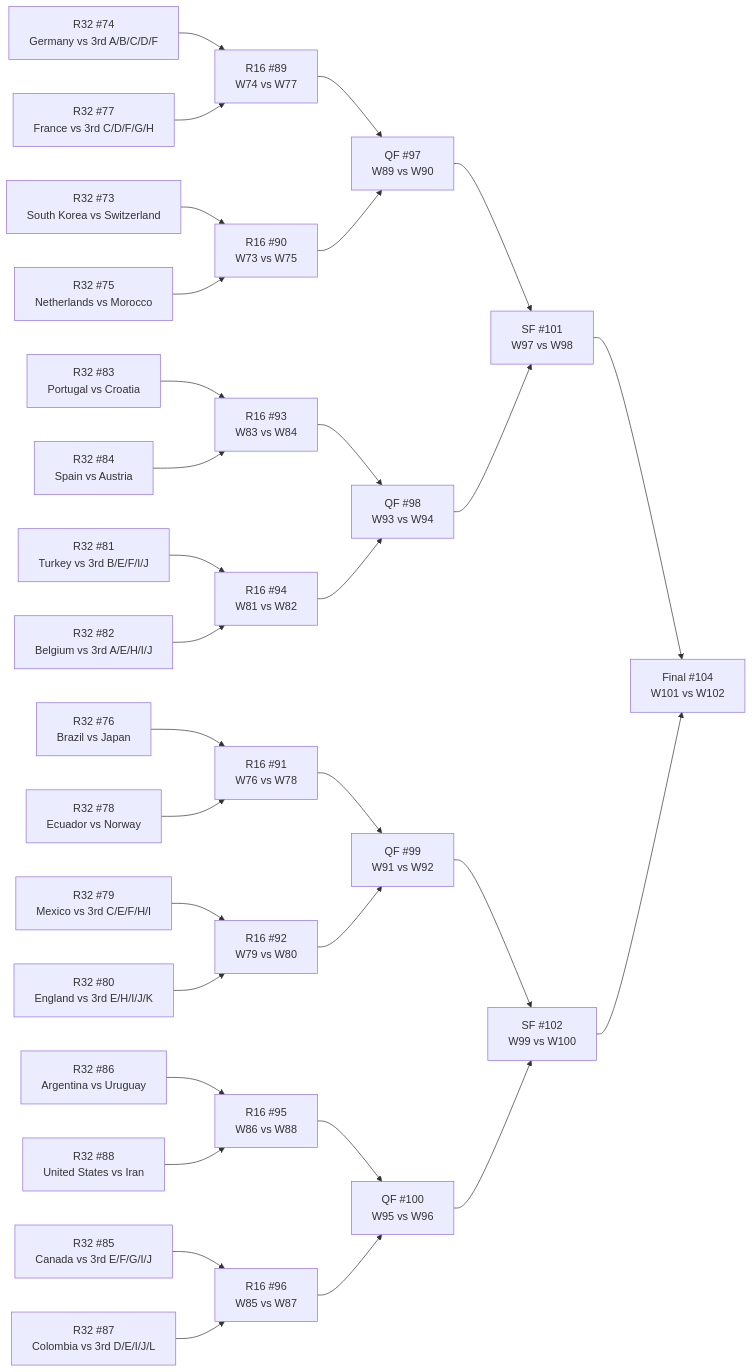
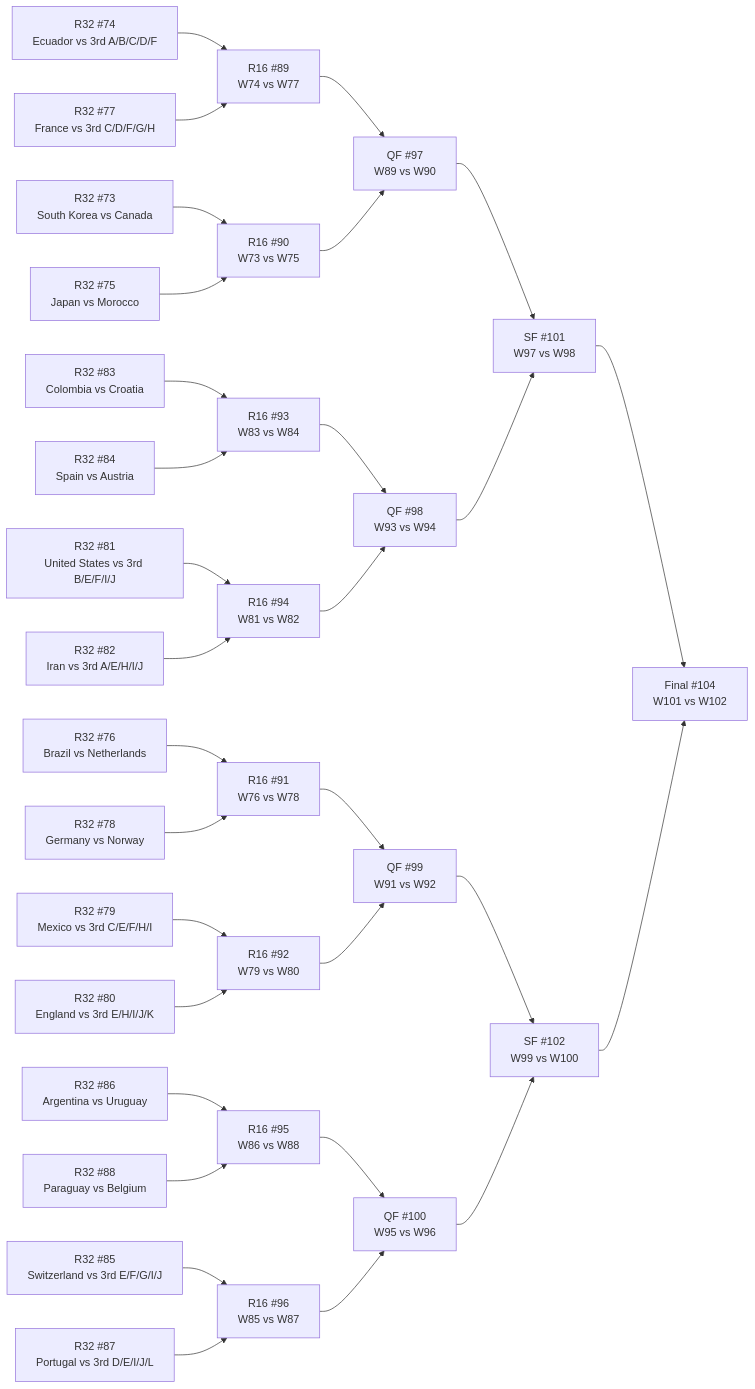
One commit to Tutai-Tran/WC-2026-predictor changed the diagram in WC vault/_bracket.md. Above: the diagram before and after it, drawn with Mermaid. The commit also changed 228 other files, not shown here.

````diff
--- a/WC vault/_bracket.md
+++ b/WC vault/_bracket.md
@@ -11,64 +11,64 @@
 ```mermaid
 flowchart LR
-  M73["R32 #73<br>South Korea vs Switzerland"]
-  M74["R32 #74<br>Germany vs 3rd A/B/C/D/F"]
-  M75["R32 #75<br>Netherlands vs Morocco"]
-  M76["R32 #76<br>Brazil vs Japan"]
+  M73["R32 #73<br>South Korea vs Canada"]
+  M74["R32 #74<br>Ecuador vs 3rd A/B/C/D/F"]
+  M75["R32 #75<br>Japan vs Morocco"]
+  M76["R32 #76<br>Brazil vs Netherlands"]
   M77["R32 #77<br>France vs 3rd C/D/F/G/H"]
-  M78["R32 #78<br>Ecuador vs Norway"]
+  M78["R32 #78<br>Germany vs Norway"]
   M79["R32 #79<br>Mexico vs 3rd C/E/F/H/I"]
   M80["R32 #80<br>England vs 3rd E/H/I/J/K"]
-  M81["R32 #81<br>Turkey vs 3rd B/E/F/I/J"]
-  M82["R32 #82<br>Belgium vs 3rd A/E/H/I/J"]
-  M83["R32 #83<br>Portugal vs Croatia"]
+  M81["R32 #81<br>United States vs 3rd B/E/F/I/J"]
+  M82["R32 #82<br>Iran vs 3rd A/E/H/I/J"]
+  M83["R32 #83<br>Colombia vs Croatia"]
   M84["R32 #84<br>Spain vs Austria"]
-  M85["R32 #85<br>Canada vs 3rd E/F/G/I/J"]
+  M85["R32 #85<br>Switzerland vs 3rd E/F/G/I/J"]
   M86["R32 #86<br>Argentina vs Uruguay"]
-  M87["R32 #87<br>Colombia vs 3rd D/E/I/J/L"]
-  M88["R32 #88<br>United States vs Iran"]
+  M87["R32 #87<br>Portugal vs 3rd D/E/I/J/L"]
+  M88["R32 #88<br>Paraguay vs Belgium"]
   M89["R16 #89<br>W74 vs W77"]
   M90["R16 #90<br>W73 vs W75"]
   M91["R16 #91<br>W76 vs W78"]
   M92["R16 #92<br>W79 vs W80"]
   M93["R16 #93<br>W83 vs W84"]
   M94["R16 #94<br>W81 vs W82"]
   M95["R16 #95<br>W86 vs W88"]
   M96["R16 #96<br>W85 vs W87"]
   M97["QF #97<br>W89 vs W90"]
   M98["QF #98<br>W93 vs W94"]
   M99["QF #99<br>W91 vs W92"]
   M100["QF #100<br>W95 vs W96"]
   M101["SF #101<br>W97 vs W98"]
   M102["SF #102<br>W99 vs W100"]
   M104["Final #104<br>W101 vs W102"]
   M74 --> M89
   M77 --> M89
   M73 --> M90
   M75 --> M90
   M76 --> M91
   M78 --> M91
   M79 --> M92
   M80 --> M92
   M83 --> M93
   M84 --> M93
   M81 --> M94
   M82 --> M94
   M86 --> M95
   M88 --> M95
   M85 --> M96
   M87 --> M96
   M89 --> M97
   M90 --> M97
   M93 --> M98
   M94 --> M98
   M91 --> M99
   M92 --> M99
   M95 --> M100
   M96 --> M100
   M97 --> M101
   M98 --> M101
   M99 --> M102
   M100 --> M102
   M101 --> M104
   M102 --> M104
 ```
````
